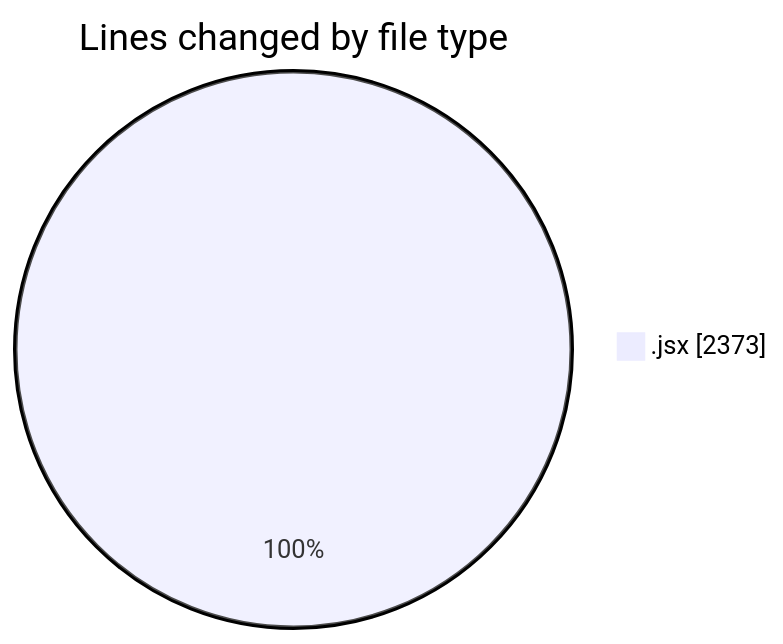
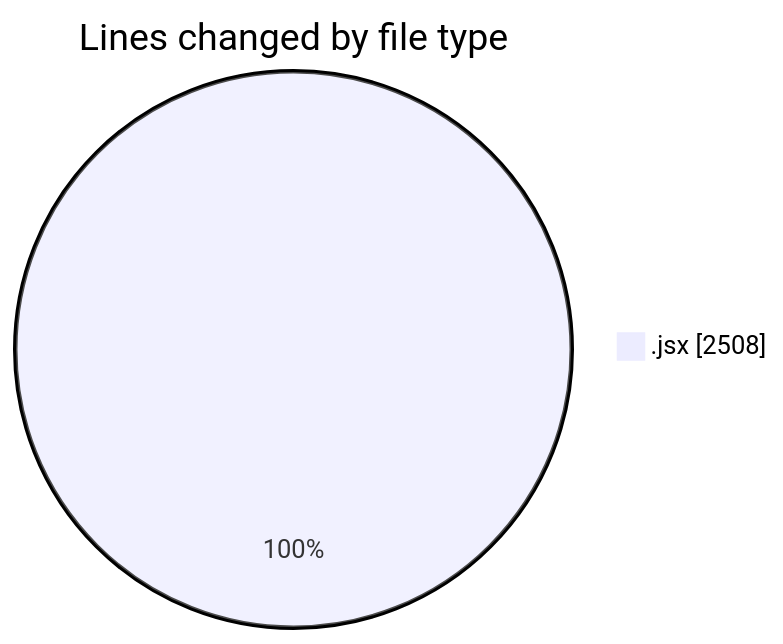
One commit to nxtqubesakshisongat/code-tracking changed the first of 2 diagrams in 2025-08-01/nxtqube_webapp/README.md. Above: the diagram before and after it, drawn with Mermaid. The commit also changed other lines of this file and 1 other file, not shown here.

````diff
--- a/2025-08-01/nxtqube_webapp/README.md
+++ b/2025-08-01/nxtqube_webapp/README.md
@@ -26,5 +27,5 @@
 ```mermaid
 pie showData
 title Lines changed by file type
-".jsx" : 2373
+".jsx" : 2508
 ```
````
